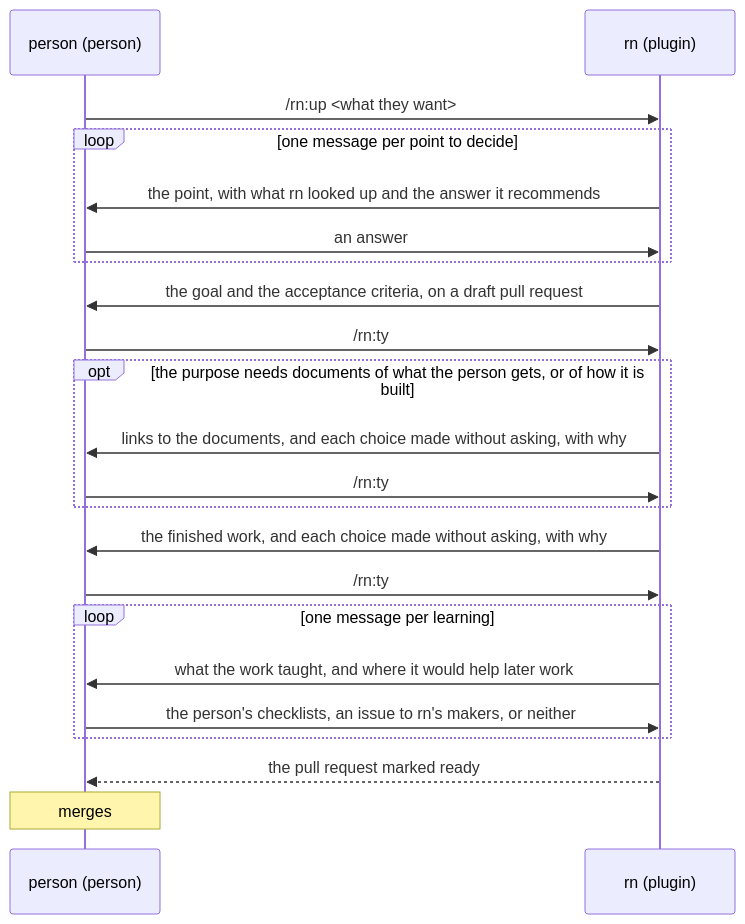
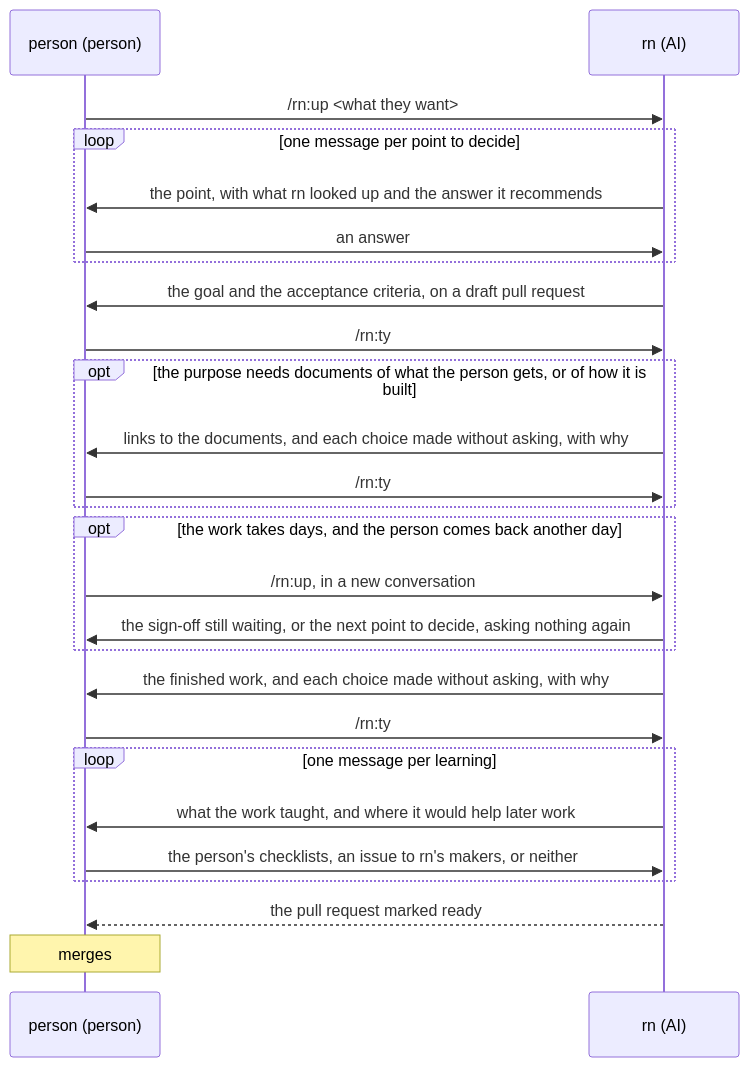
Before and after one commit to lovaizu/ccpm: the diagram in dev/rn/ux.md, drawn with Mermaid. The commit also changed other lines of this file and 2 other files, not shown here.

Commit message:
rn's UX rewritten from a design tree settled by the steering's goal; work of days goes on another day
G1 promises work of days going on from the record the next day, and the scenario had no such step; it now shows /rn:up in a new conversation bringing back the sign-off still waiting, or the next point, asking nothing again, as orchestrator.md's step 1 does. rn is an AI, as the template asks a participant's kind.

Claude-Session: https://claude.ai/code/session_0172CgKennAdVHkjNSG17oRu

````diff
--- a/dev/rn/ux.md
+++ b/dev/rn/ux.md
@@ -27,24 +27,28 @@
 ```mermaid
 sequenceDiagram
   participant U as person (person)
-  participant R as rn (plugin)
+  participant R as rn (AI)
   U->>R: /rn:up <what they want>
   loop one message per point to decide
     R->>U: the point, with what rn looked up and the answer it recommends
     U->>R: an answer
   end
   R->>U: the goal and the acceptance criteria, on a draft pull request
   U->>R: /rn:ty
   opt the purpose needs documents of what the person gets, or of how it is built
     R->>U: links to the documents, and each choice made without asking, with why
     U->>R: /rn:ty
   end
+  opt the work takes days, and the person comes back another day
+    U->>R: /rn:up, in a new conversation
+    R->>U: the sign-off still waiting, or the next point to decide, asking nothing again
+  end
   R->>U: the finished work, and each choice made without asking, with why
   U->>R: /rn:ty
   loop one message per learning
     R->>U: what the work taught, and where it would help later work
     U->>R: the person's checklists, an issue to rn's makers, or neither
   end
   R-->>U: the pull request marked ready
   Note over U: merges
 ```
````
